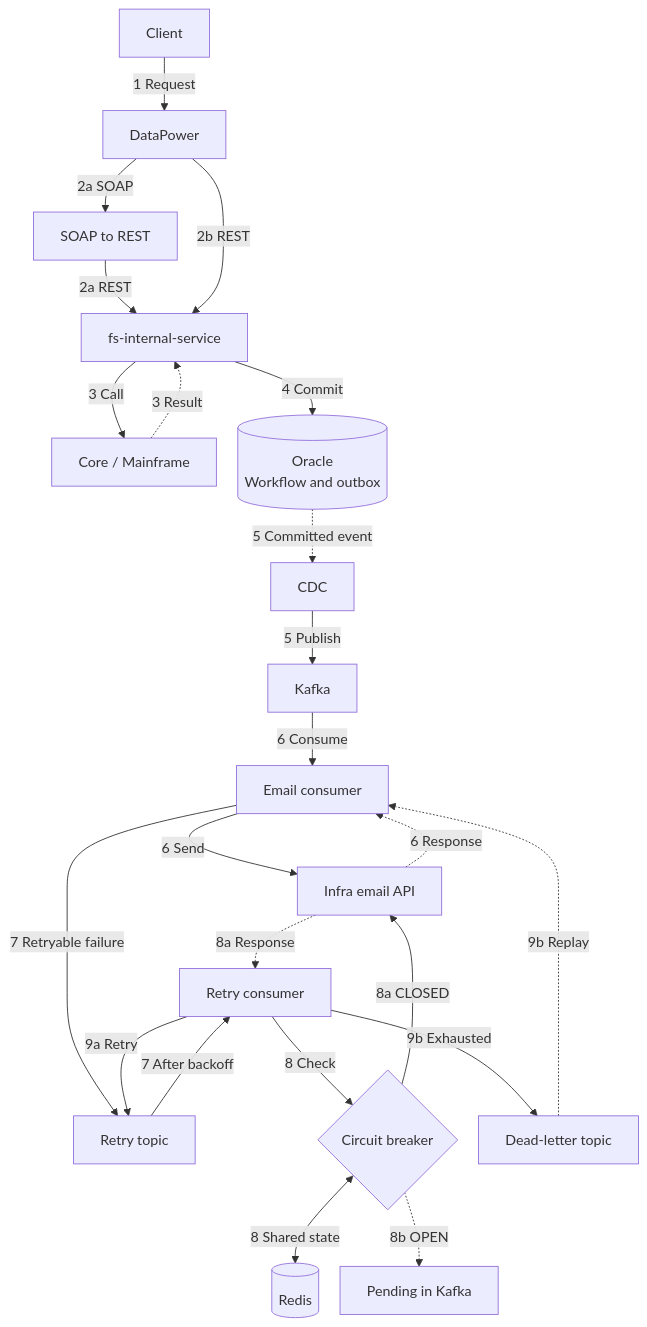
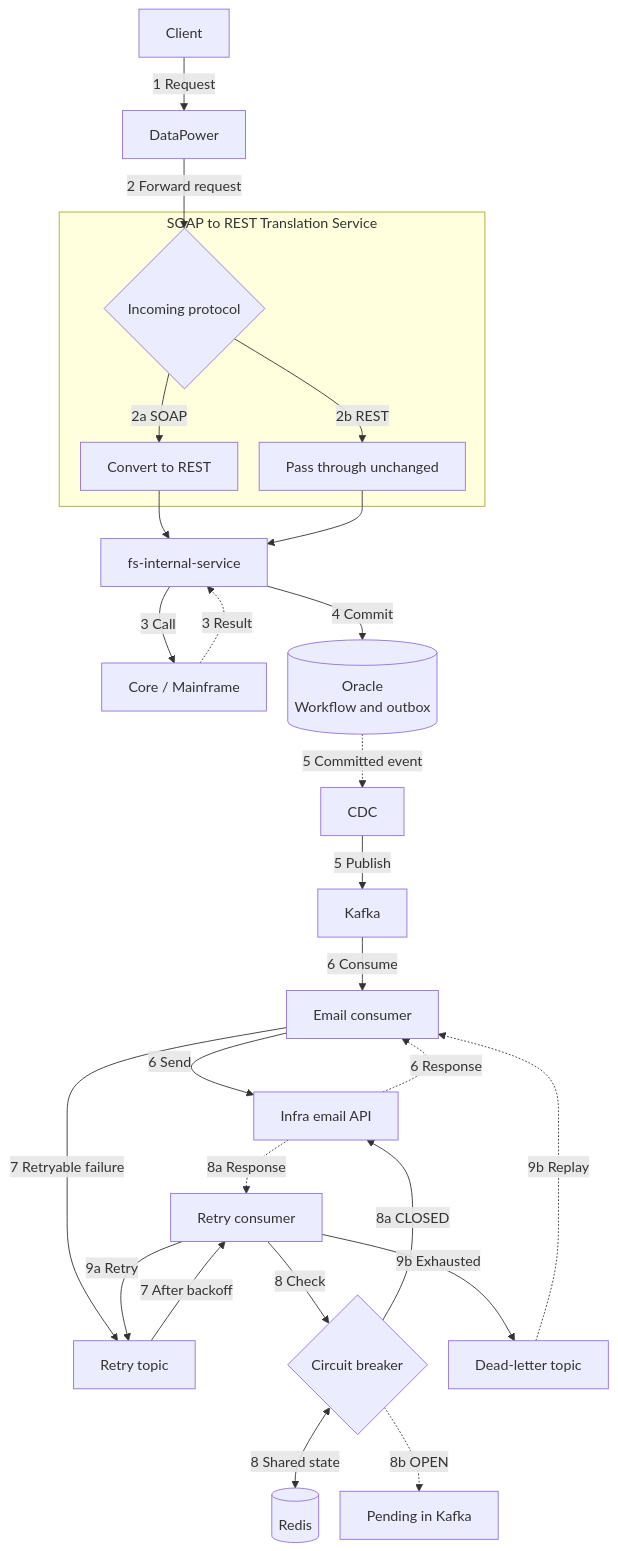
One commit to ChrisZZhong/zhichengzhong changed the third of 3 diagrams in _posts/temp/2026-11-18-ECWS-Payment-Workflow.md. Above: the diagram before and after it, drawn with Mermaid. The commit also changed other lines of this file and 1 other file, not shown here.

Commit message:
Route SOAP and native REST through the translation service

````diff
--- a/_posts/temp/2026-11-18-ECWS-Payment-Workflow.md
+++ b/_posts/temp/2026-11-18-ECWS-Payment-Workflow.md
@@ -57,26 +57,31 @@
 ```mermaid
 %%{init: {"flowchart": {"nodeSpacing": 24, "rankSpacing": 36}} }%%
 flowchart TD
     client["Client"] -->|1 Request| dp["DataPower"]
-    dp -->|2a SOAP| translator["SOAP to REST"]
-    translator -->|2a REST| service["fs-internal-service"]
-    dp -->|2b REST| service
+    subgraph translator["SOAP to REST Translation Service"]
+        protocol{"Incoming protocol"}
+        protocol -->|2a SOAP| convert["Convert to REST"]
+        protocol -->|2b REST| forward["Pass through unchanged"]
+    end
+    dp -->|2 Forward request| protocol
+    convert --> service["fs-internal-service"]
+    forward --> service
     service -->|3 Call| core["Core / Mainframe"]
     core -.->|3 Result| service
     service -->|4 Commit| db[("Oracle<br/>Workflow and outbox")]
     db -.->|5 Committed event| cdc["CDC"]
     cdc -->|5 Publish| kafka["Kafka"]
     kafka -->|6 Consume| consumer["Email consumer"]
     consumer -->|6 Send| mail["Infra email API"]
     mail -.->|6 Response| consumer
     consumer -->|7 Retryable failure| retry["Retry topic"]
     retry -->|7 After backoff| rc["Retry consumer"]
     rc -->|8 Check| cb{"Circuit breaker"}
     cb <-->|8 Shared state| redis[("Redis")]
     cb -->|8a CLOSED| mail
     mail -.->|8a Response| rc
     cb -.->|8b OPEN| hold["Pending in Kafka"]
     rc -->|9a Retry| retry
     rc -->|9b Exhausted| dlt["Dead-letter topic"]
     dlt -.->|9b Replay| consumer
 ```
````
